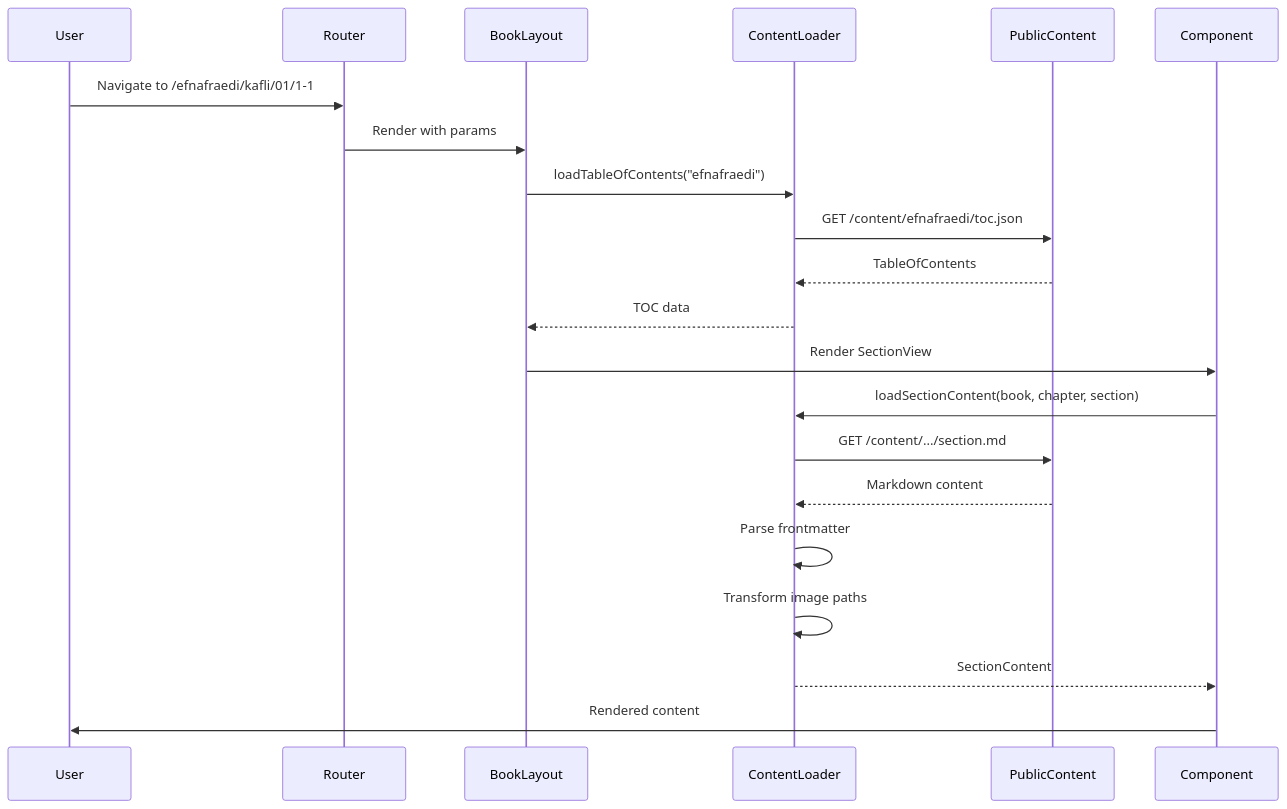
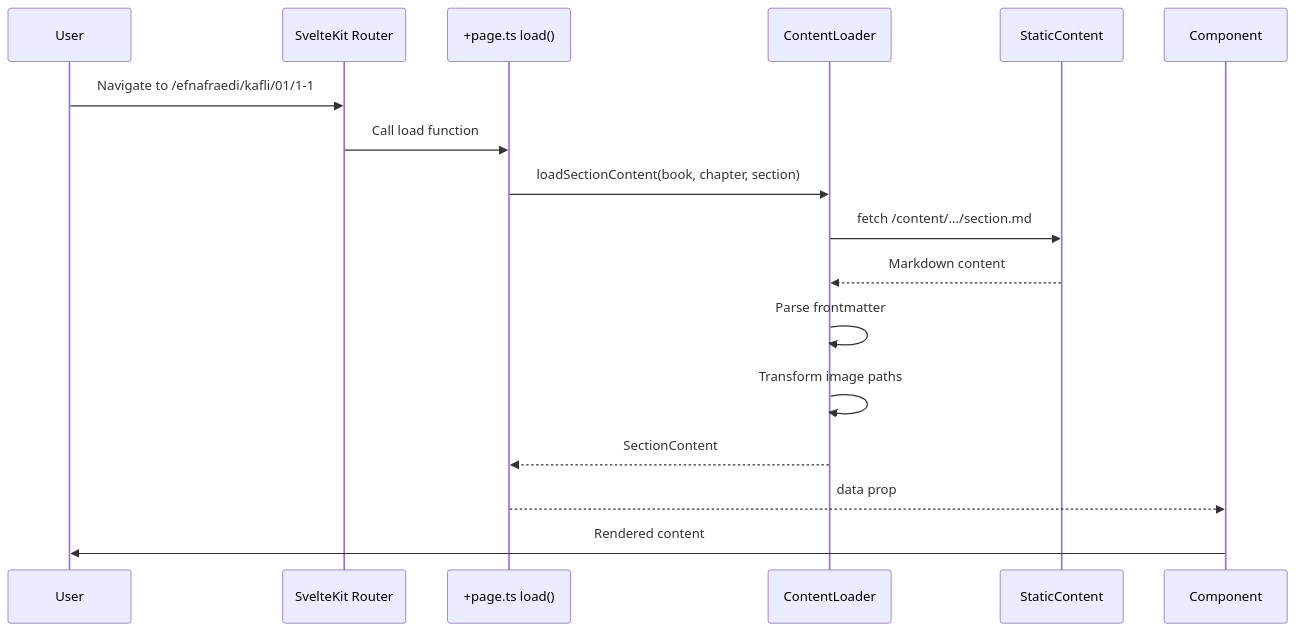
Before and after one commit to SigurdurVilhelmsson/namsbokasafn-vefur: the third of 5 diagrams in docs/ARCHITECTURE.md, drawn with Mermaid. The commit also changed other lines of this file and 5 other files, not shown here.

First line of the commit message:
Update documentation for SvelteKit migration

````diff
--- a/docs/ARCHITECTURE.md
+++ b/docs/ARCHITECTURE.md
@@ -146,24 +151,20 @@
 ```mermaid
 sequenceDiagram
     participant User
-    participant Router
-    participant BookLayout
+    participant Router as SvelteKit Router
+    participant LoadFn as +page.ts load()
     participant ContentLoader
-    participant PublicContent
+    participant StaticContent
     participant Component
 
     User->>Router: Navigate to /efnafraedi/kafli/01/1-1
-    Router->>BookLayout: Render with params
-    BookLayout->>ContentLoader: loadTableOfContents("efnafraedi")
-    ContentLoader->>PublicContent: GET /content/efnafraedi/toc.json
-    PublicContent-->>ContentLoader: TableOfContents
-    ContentLoader-->>BookLayout: TOC data
-    BookLayout->>Component: Render SectionView
-    Component->>ContentLoader: loadSectionContent(book, chapter, section)
-    ContentLoader->>PublicContent: GET /content/.../section.md
-    PublicContent-->>ContentLoader: Markdown content
+    Router->>LoadFn: Call load function
+    LoadFn->>ContentLoader: loadSectionContent(book, chapter, section)
+    ContentLoader->>StaticContent: fetch /content/.../section.md
+    StaticContent-->>ContentLoader: Markdown content
     ContentLoader->>ContentLoader: Parse frontmatter
     ContentLoader->>ContentLoader: Transform image paths
-    ContentLoader-->>Component: SectionContent
+    ContentLoader-->>LoadFn: SectionContent
+    LoadFn-->>Component: data prop
     Component->>User: Rendered content
 ```
````
